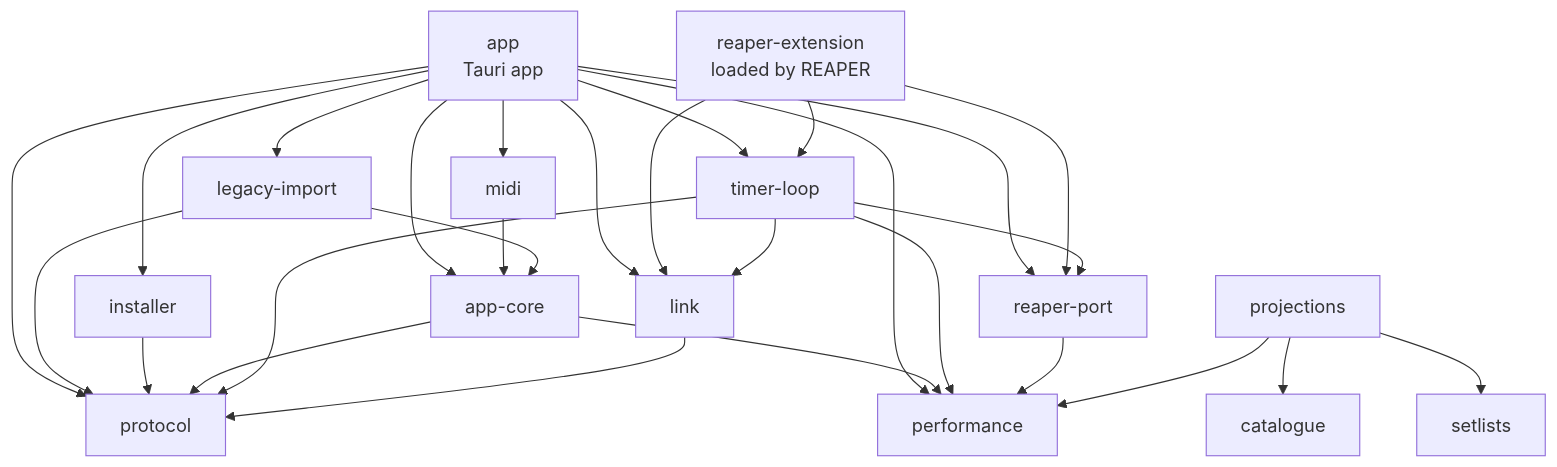
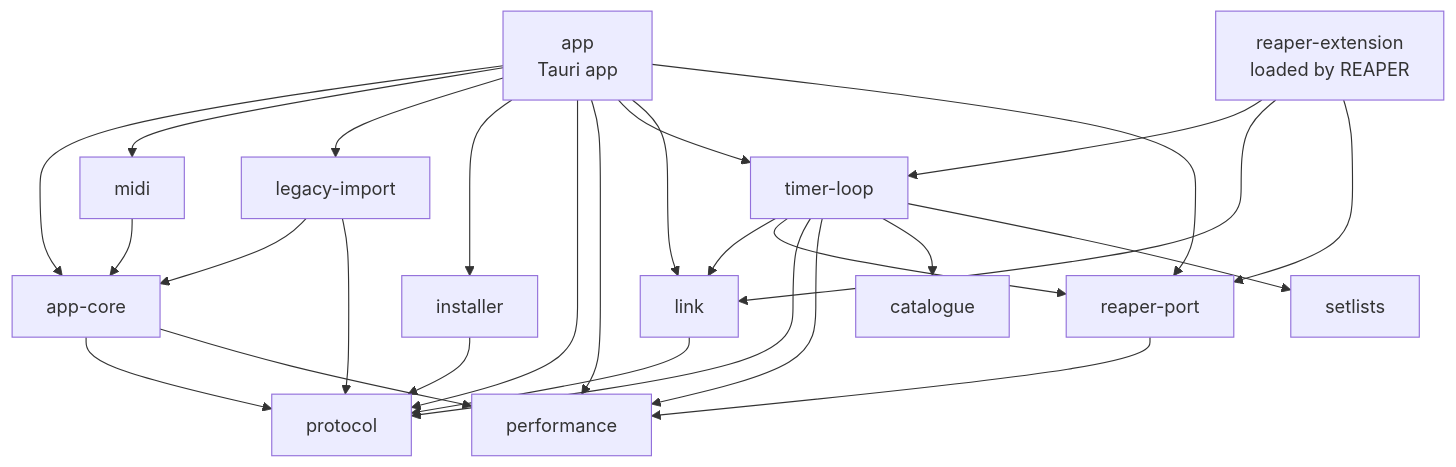
One commit to theupriser/reaper-control changed the diagram in crates/README.md. Above: the diagram before and after it, drawn with Mermaid.

Commit message:
Update the crate diagram after removing projections

````diff
--- a/crates/README.md
+++ b/crates/README.md
@@ -32,32 +32,31 @@
 ```mermaid
 flowchart TD
     app[app<br/>Tauri app]
     extension[reaper-extension<br/>loaded by REAPER]
     app --> appcore[app-core]
     app --> midi
     app --> legacy[legacy-import]
     app --> installer
     app --> protocol
     app --> performance
     app --> timer
     app --> link
     app --> reaperport[reaper-port]
     midi --> appcore
     legacy --> appcore
     legacy --> protocol
     installer --> protocol
     appcore --> protocol
     appcore --> performance
     extension --> timer[timer-loop]
     extension --> link
     extension --> reaperport
     timer --> link
     timer --> reaperport
     timer --> protocol
     timer --> performance
+    timer --> catalogue
+    timer --> setlists
     link --> protocol
     reaperport --> performance
-    projections --> performance
-    projections --> catalogue
-    projections --> setlists
 ```
````
